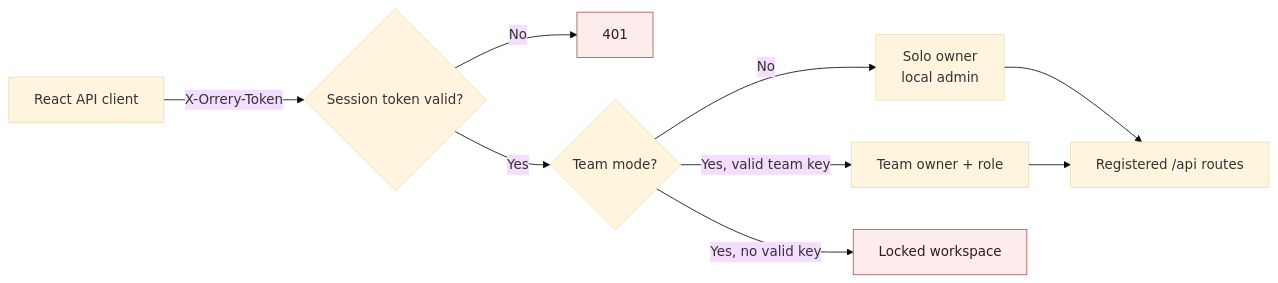
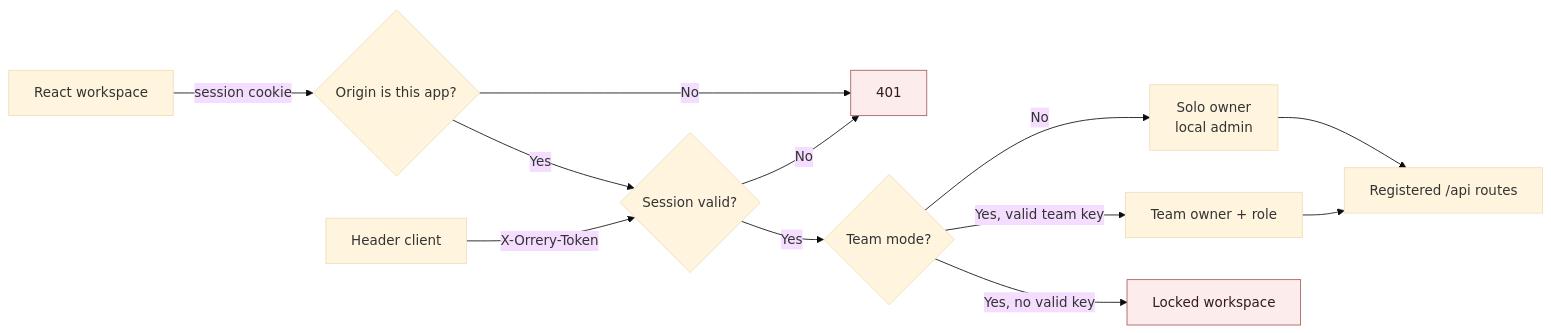
One commit to zaidt156/Orrery changed the third of 21 diagrams in ARCHITECTURE.md. Above: the diagram before and after it, drawn with Mermaid (base theme). The commit also changed other lines of this file and 32 other files, not shown here.

````diff
--- a/ARCHITECTURE.md
+++ b/ARCHITECTURE.md
@@ -92,14 +95,17 @@
 ```mermaid
 flowchart LR
-    ui["React API client"] -->|"X-Orrery-Token"| auth{"Session token valid?"}
-    auth -->|"No"| reject["401"]
+    ui["React workspace"] -->|"session cookie"| origin{"Origin is this app?"}
+    client["Header client"] -->|"X-Orrery-Token"| auth
+    origin -->|"No"| reject["401"]
+    origin -->|"Yes"| auth{"Session valid?"}
+    auth -->|"No"| reject
     auth -->|"Yes"| identity{"Team mode?"}
     identity -->|"No"| solo["Solo owner<br/>local admin"]
     identity -->|"Yes, valid team key"| member["Team owner + role"]
     identity -->|"Yes, no valid key"| locked["Locked workspace"]
     solo --> routes["Registered /api routes"]
     member --> routes
 
     classDef stop fill:#fdecec,stroke:#a65b5b,color:#321b1b;
     class reject,locked stop;
 ```
````
